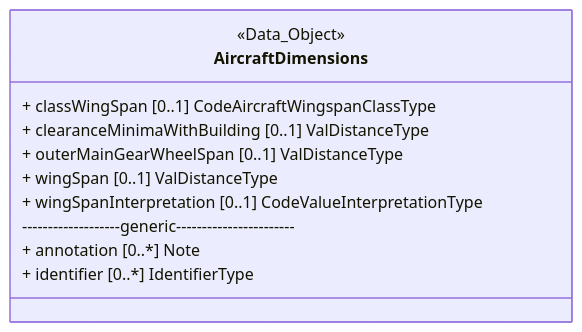
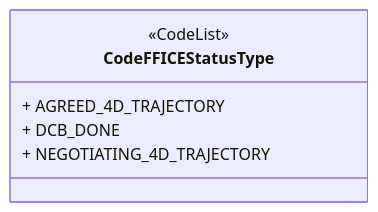
Before and after one commit to hlepori/testAIRM: diagram 11 of 55 in README.md, drawn with Mermaid. The commit also changed other lines of this file, not shown here.

````diff
--- a/README.md
+++ b/README.md
@@ -303,14 +379,9 @@
 ```mermaid	
 classDiagram	
-class AircraftDimensions	
-<<Data_Object>> AircraftDimensions	
-link AircraftDimensions "https://airm.aero/developers/advanced-search/1.0.0/AircraftDimensions?model=LogicalModel" "Go to definition"	
-AircraftDimensions : + classWingSpan [0..1] CodeAircraftWingspanClassType	
-AircraftDimensions : + clearanceMinimaWithBuilding [0..1] ValDistanceType	
-AircraftDimensions : + outerMainGearWheelSpan [0..1] ValDistanceType	
-AircraftDimensions : + wingSpan [0..1] ValDistanceType	
-AircraftDimensions : + wingSpanInterpretation [0..1] CodeValueInterpretationType	
-AircraftDimensions: -------------------generic-----------------------	
-AircraftDimensions : + annotation [0..*] Note	
-AircraftDimensions : + identifier [0..*] IdentifierType	
+class CodeFFICEStatusType	
+<<CodeList>> CodeFFICEStatusType	
+link CodeFFICEStatusType "https://airm.aero/developers/advanced-search/1.0.0/CodeFFICEStatusType?model=LogicalModel" "Go to definition"	
+CodeFFICEStatusType : + AGREED_4D_TRAJECTORY	
+CodeFFICEStatusType : + DCB_DONE	
+CodeFFICEStatusType : + NEGOTIATING_4D_TRAJECTORY	
 ```	
````
